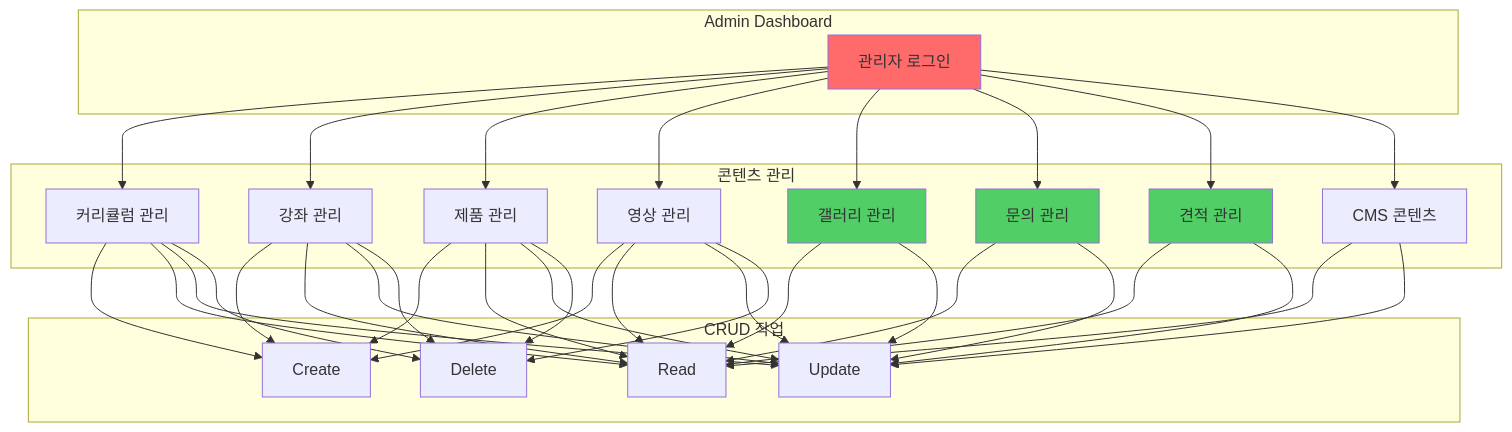
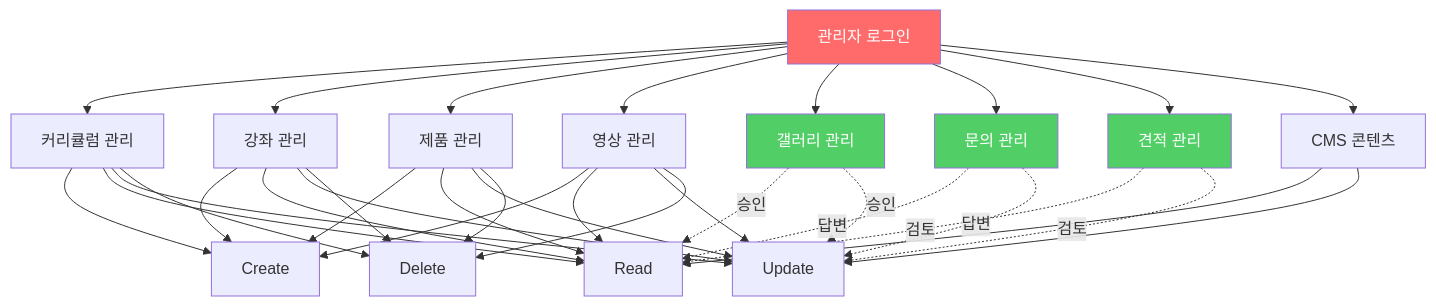
One commit to Collegenie-X/AIMakerLab_Web changed diagram 15 of 17 in frontend/documents/API_INTEGRATION_SUMMARY.md. Above: the diagram before and after it, drawn with Mermaid. The commit also changed other lines of this file and 2 other files, not shown here.

````diff
--- a/frontend/documents/API_INTEGRATION_SUMMARY.md
+++ b/frontend/documents/API_INTEGRATION_SUMMARY.md
@@ -1367,70 +1361,64 @@
 ```mermaid
-graph TB
-    subgraph "Admin Dashboard"
-        A[관리자 로그인]
-    end
+graph TD
+    A[관리자 로그인]
     
-    subgraph "콘텐츠 관리"
-        B[커리큘럼 관리]
-        C[강좌 관리]
-        D[제품 관리]
-        E[영상 관리]
-        F[갤러리 관리]
-        G[문의 관리]
-        H[견적 관리]
-        I[CMS 콘텐츠]
-    end
+    B[커리큘럼 관리]
+    C[강좌 관리]
+    D[제품 관리]
+    E[영상 관리]
+    F[갤러리 관리]
+    G[문의 관리]
+    H[견적 관리]
+    I[CMS 콘텐츠]
     
-    subgraph "CRUD 작업"
-        J[Create]
-        K[Read]
-        L[Update]
-        M[Delete]
-    end
+    J[Create]
+    K[Read]
+    L[Update]
+    M[Delete]
     
     A --> B
     A --> C
     A --> D
     A --> E
     A --> F
     A --> G
     A --> H
     A --> I
     
     B --> J
     B --> K
     B --> L
     B --> M
     
     C --> J
     C --> K
     C --> L
     C --> M
     
     D --> J
     D --> K
     D --> L
     D --> M
     
     E --> J
     E --> K
     E --> L
     E --> M
     
-    F --> K
-    F --> L
+    F -.승인.-> K
+    F -.승인.-> L
     
-    G --> K
-    G --> L
+    G -.답변.-> K
+    G -.답변.-> L
     
-    H --> K
-    H --> L
+    H -.검토.-> K
+    H -.검토.-> L
     
     I --> K
     I --> L
     
-    style A fill:#ff6b6b
-    style F fill:#51cf66
-    style G fill:#51cf66
-    style H fill:#51cf66
+    style A fill:#ff6b6b,color:#fff
+    style F fill:#51cf66,color:#fff
+    style G fill:#51cf66,color:#fff
+    style H fill:#51cf66,color:#fff
 ```
````
